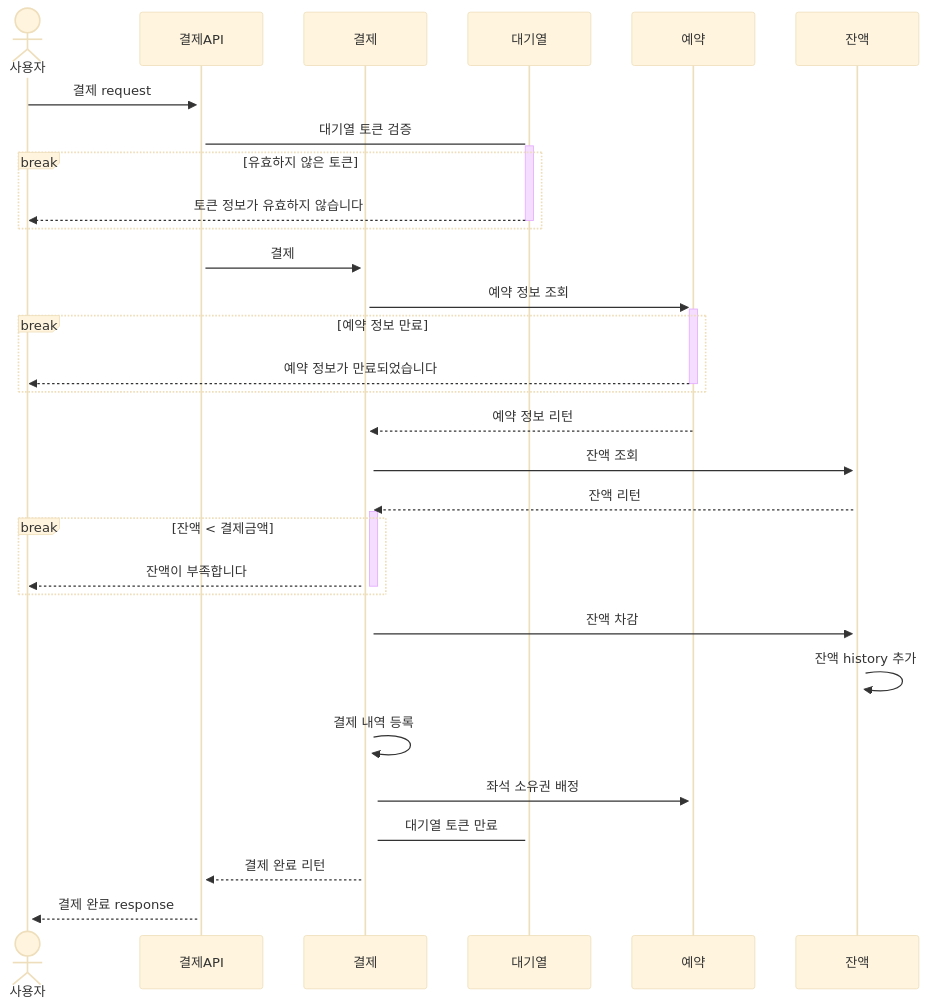
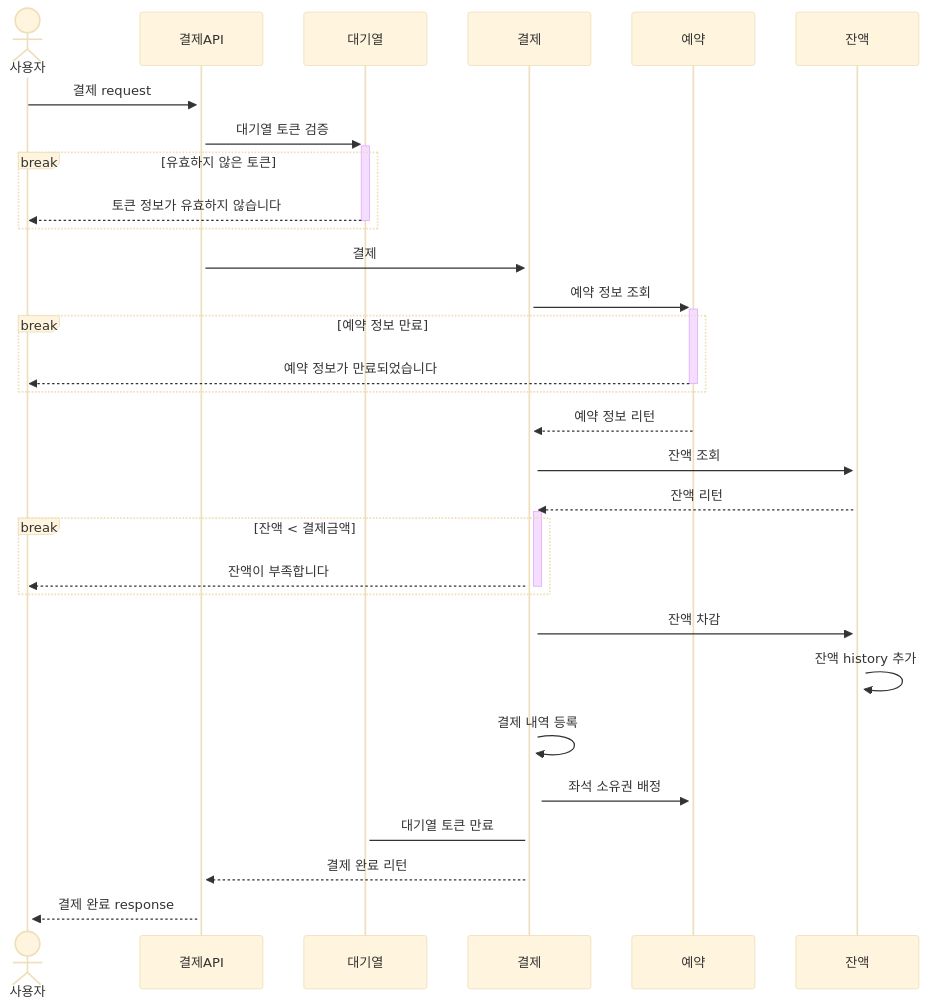
One commit to jangyoojeong/hhplus-ticketing-week03 changed the seventh of 7 diagrams in doc/SEQUENCS.md. Above: the diagram before and after it, drawn with Mermaid (base theme).

````diff
--- a/doc/SEQUENCS.md
+++ b/doc/SEQUENCS.md
@@ -154,33 +154,33 @@
 ```mermaid
 sequenceDiagram
     actor  사용자
     participant 결제API
+    participant 대기열
     participant 결제
-    participant 대기열
     participant 예약
     participant 잔액
 
     사용자->>+결제API: 결제 request
-    결제API->+대기열:대기열 토큰 검증
+    결제API->>+대기열:대기열 토큰 검증
     break 유효하지 않은 토큰
         대기열-->>-사용자: 토큰 정보가 유효하지 않습니다
     end
     결제API->>+결제: 결제
     결제->>+예약: 예약 정보 조회
     break 예약 정보 만료
         예약-->>-사용자: 예약 정보가 만료되었습니다
     end
     예약-->>+결제: 예약 정보 리턴
     결제->>+잔액: 잔액 조회
     잔액-->>+결제: 잔액 리턴
     break 잔액 < 결제금액
         결제-->>-사용자: 잔액이 부족합니다
     end
     결제->>+잔액 : 잔액 차감
     잔액->>+잔액 : 잔액 history 추가
     결제->>+결제 : 결제 내역 등록
     결제->>+예약 : 좌석 소유권 배정
     결제->+대기열 : 대기열 토큰 만료
     결제-->>+결제API: 결제 완료 리턴
     결제API-->>+사용자: 결제 완료 response
 ```
````
